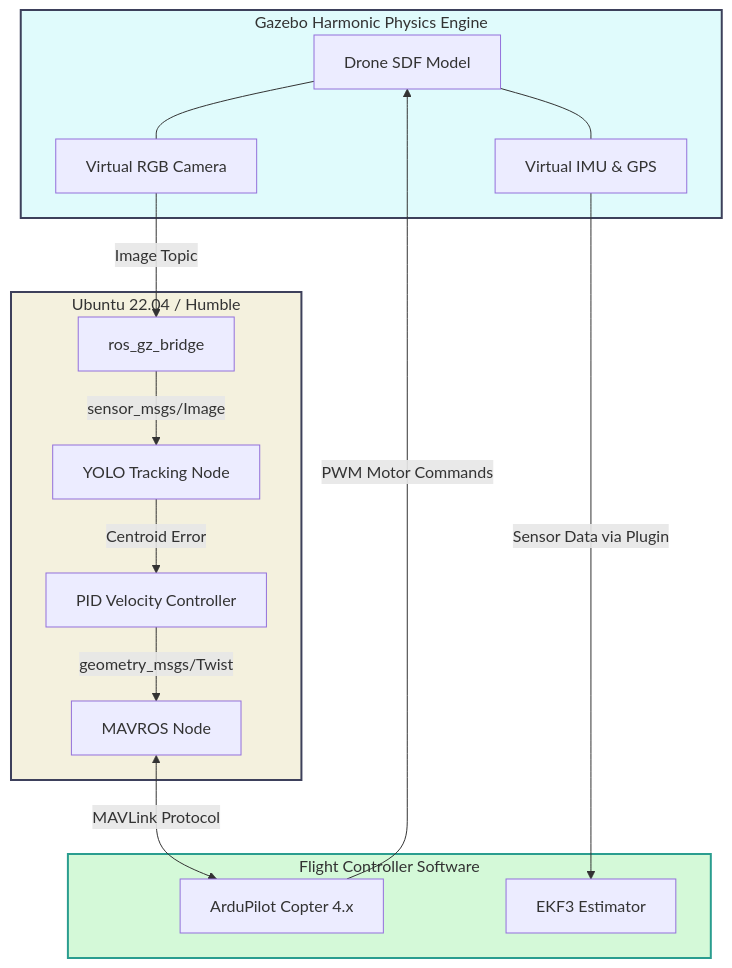
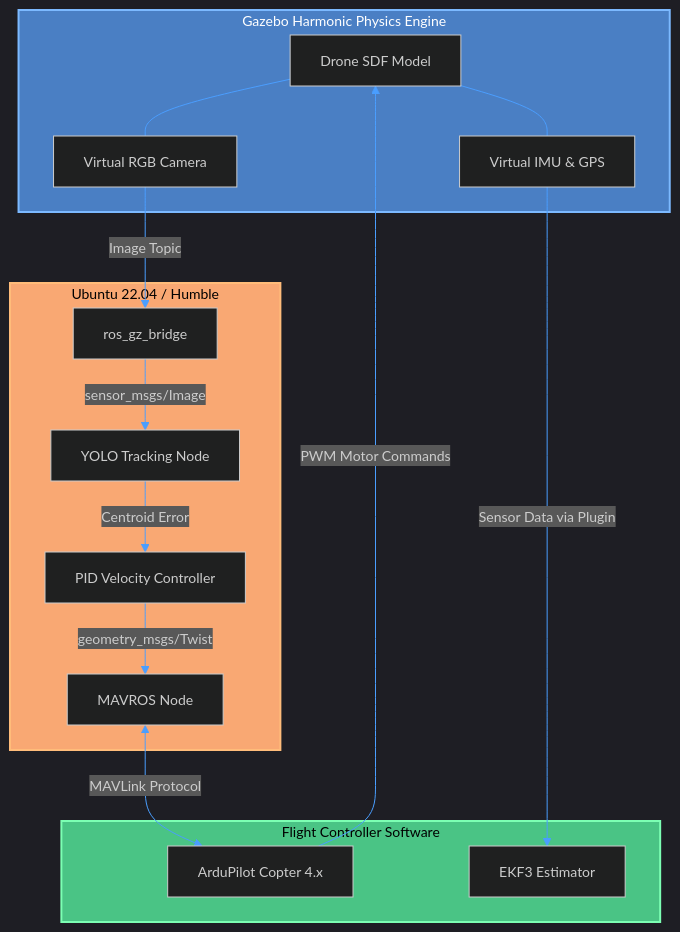
The second of 2 diagrams in docs/Simulation_Overview.md (ironLegion88/Autonomous-UAV), drawn with Mermaid before and after one commit. The commit also changed other lines of this file and 10 other files, not shown here.

Commit message:
docs: Improve Mermaid theming contrast

````diff
--- a/docs/Simulation_Overview.md
+++ b/docs/Simulation_Overview.md
@@ -57,38 +58,39 @@
 ```mermaid
+%%{init: {'theme': 'dark', 'themeVariables': {'fontSize': '14px', 'primaryColor': '#1e1e1e', 'primaryTextColor': '#ffffff', 'primaryBorderColor': '#4a9eff', 'lineColor': '#4a9eff'}, 'flowchart': {'useMaxWidth': true}}}%%
 flowchart TD
     subgraph Gazebo_Simulator [Gazebo Harmonic Physics Engine]
         SDF[Drone SDF Model]
         CAM_SIM[Virtual RGB Camera]
         IMU_SIM[Virtual IMU & GPS]
         
         SDF --- CAM_SIM
         SDF --- IMU_SIM
     end
 
     subgraph ArduPilot_SITL [Flight Controller Software]
         AP_FIRMWARE[ArduPilot Copter 4.x]
         EKF[EKF3 Estimator]
         
         IMU_SIM -->|Sensor Data via Plugin| EKF
         AP_FIRMWARE -->|PWM Motor Commands| SDF
     end
 
     subgraph ROS2_Middleware [Ubuntu 22.04 / Humble]
         ROS_BRIDGE[ros_gz_bridge]
         MAVROS[MAVROS Node]
         AI_NODE[YOLO Tracking Node]
         CTRL_NODE[PID Velocity Controller]
 
         CAM_SIM -->|Image Topic| ROS_BRIDGE
         ROS_BRIDGE -->|sensor_msgs/Image| AI_NODE
         
         AI_NODE -->|Centroid Error| CTRL_NODE
         CTRL_NODE -->|geometry_msgs/Twist| MAVROS
         
         MAVROS <-->|MAVLink Protocol| AP_FIRMWARE
     end
     
-    style Gazebo_Simulator fill:#e0fbfc,stroke:#3d405b,stroke-width:2px
-    style ArduPilot_SITL fill:#d4f9d8,stroke:#2a9d8f,stroke-width:2px
-    style ROS2_Middleware fill:#f4f1de,stroke:#3d405b,stroke-width:2px
+    style Gazebo_Simulator fill:#4a7fc4,stroke:#7cb9ff,stroke-width:2px,color:#ffffff
+    style ArduPilot_SITL fill:#4ac485,stroke:#7cffb3,stroke-width:2px,color:#000000
+    style ROS2_Middleware fill:#f9a873,stroke:#ffbc7a,stroke-width:2px,color:#000000
 ```
````
